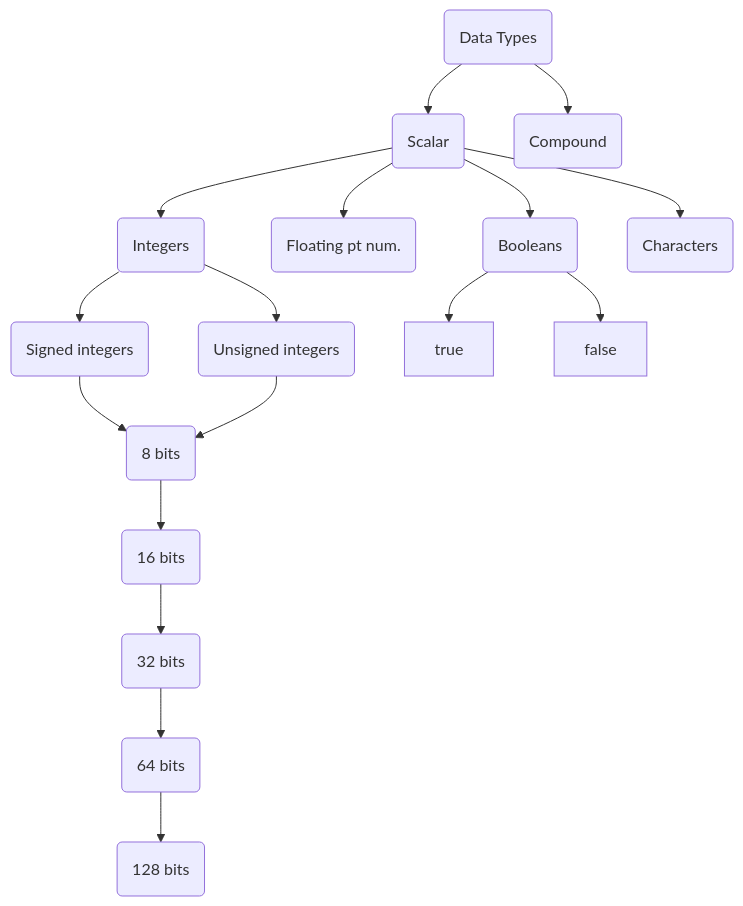
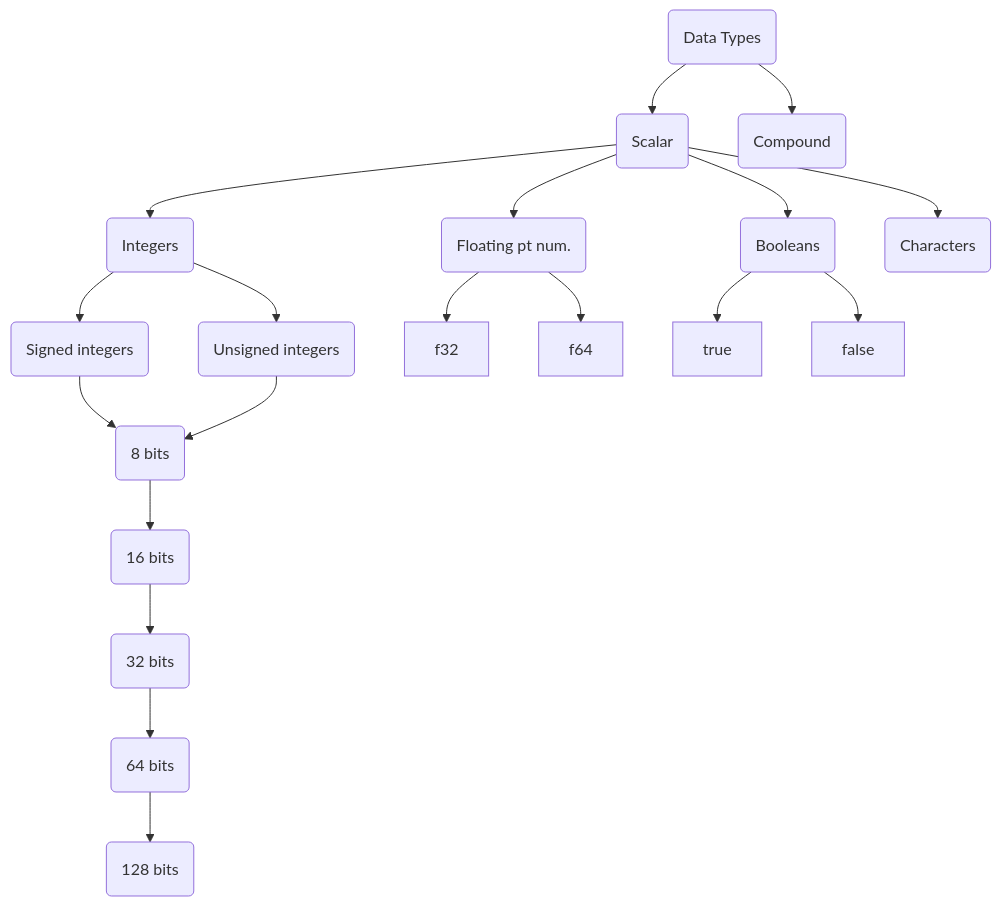
Before and after one commit to Sam-Varghese/Notes: the diagram in Rust_Section/Rust_basics.md, drawn with Mermaid. The commit also changed other lines of this file, not shown here.

Commit message:
Updated flowchar

````diff
--- a/Rust_Section/Rust_basics.md
+++ b/Rust_Section/Rust_basics.md
@@ -1139,19 +1139,21 @@
 ```mermaid
 flowchart TB
     datType(Data Types) --> scal(Scalar)
     datType -->comp(Compound)
     scal-->int(Integers)
     int-->signed(Signed integers)
     signed-->8(8 bits)
     8-->16(16 bits)
     16-->32(32 bits)
     32-->64(64 bits)
     64-->128(128 bits)
     int-->unsigned(Unsigned integers)
     unsigned-->8
     scal-->floats(Floating pt num.)
+    floats-->f32
+    floats-->f64
     scal-->bools(Booleans)
     bools-->true
     bools-->false
     scal-->chars(Characters)
 ```
````
